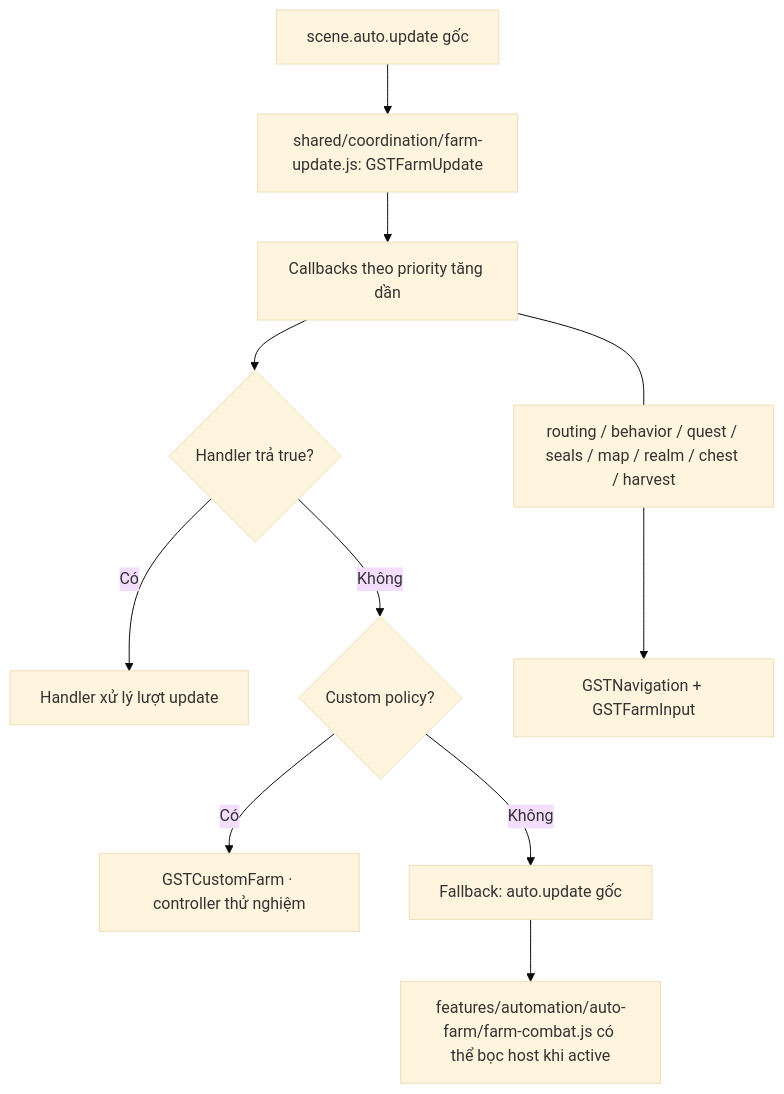
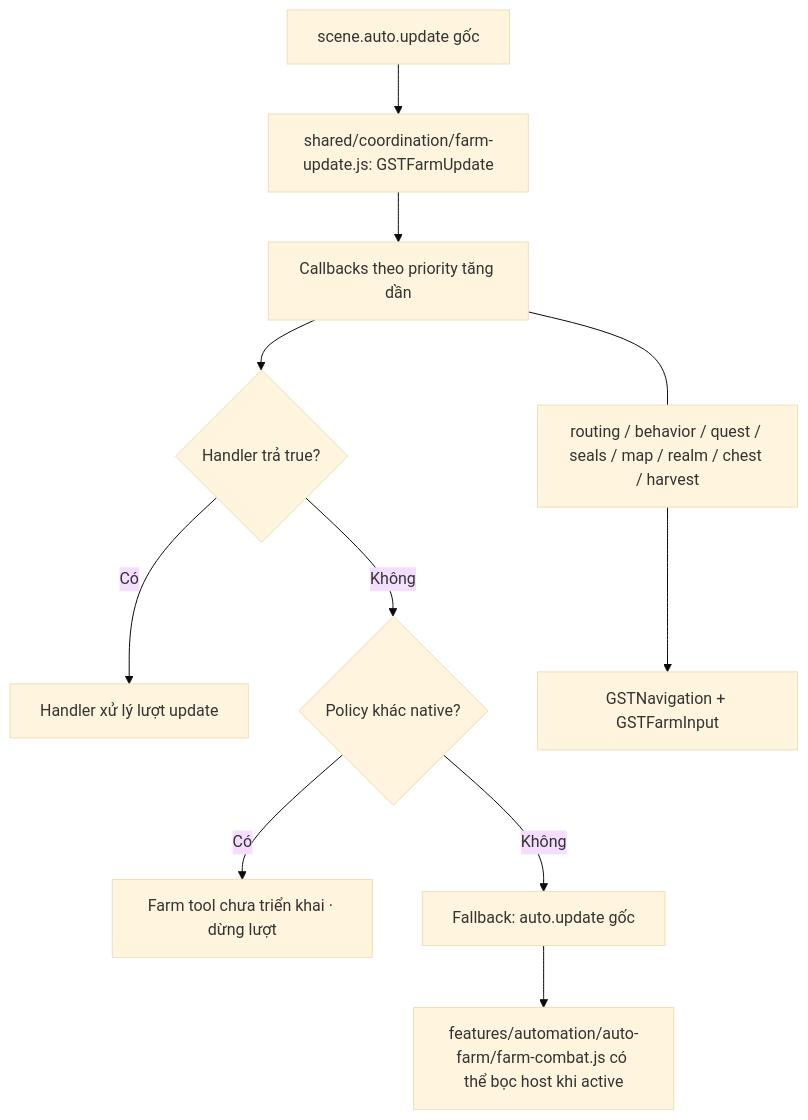
Before and after one commit to Vibe-Milk/game-speed-tester: the second of 2 diagrams in CODEGRAPH.md, drawn with Mermaid (base theme). The commit also changed other lines of this file and 11 other files, not shown here.

Commit message:
Separate native Farm from inert tool controller and retire legacy automation

````diff
--- a/CODEGRAPH.md
+++ b/CODEGRAPH.md
@@ -65,13 +67,13 @@
 ```mermaid
 flowchart TD
   G["scene.auto.update gốc"] --> D["shared/coordination/farm-update.js: GSTFarmUpdate"]
   D --> H["Callbacks theo priority tăng dần"]
   H --> T{"Handler trả true?"}
   T -- Có --> O["Handler xử lý lượt update"]
-  T -- Không --> P{"Custom policy?"}
-  P -- Có --> X["GSTCustomFarm · controller thử nghiệm"]
+  T -- Không --> P{"Policy khác native?"}
+  P -- Có --> X["Farm tool chưa triển khai · dừng lượt"]
   P -- Không --> N["Fallback: auto.update gốc"]
   N --> C["features/automation/auto-farm/farm-combat.js có thể bọc host khi active"]
   H --- F["routing / behavior / quest / seals / map / realm / chest / harvest"]
   F --> V["GSTNavigation + GSTFarmInput"]
 ```
````
